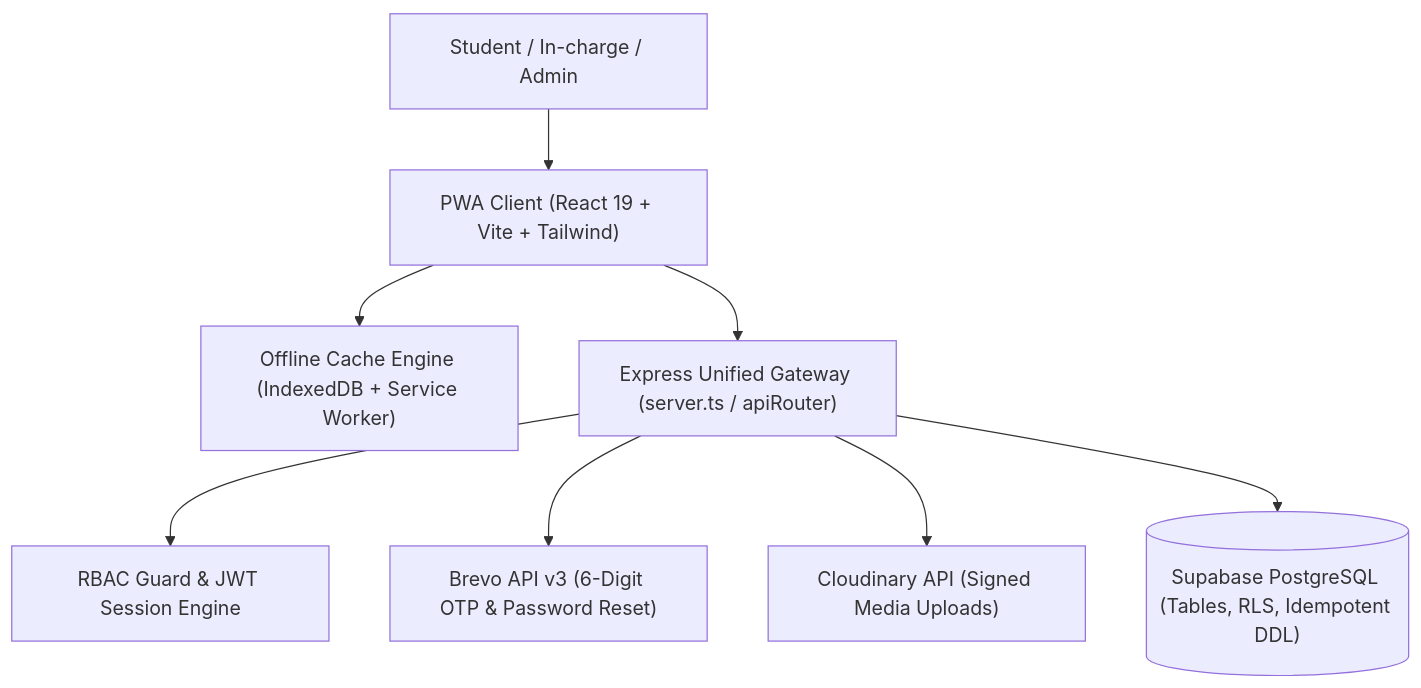
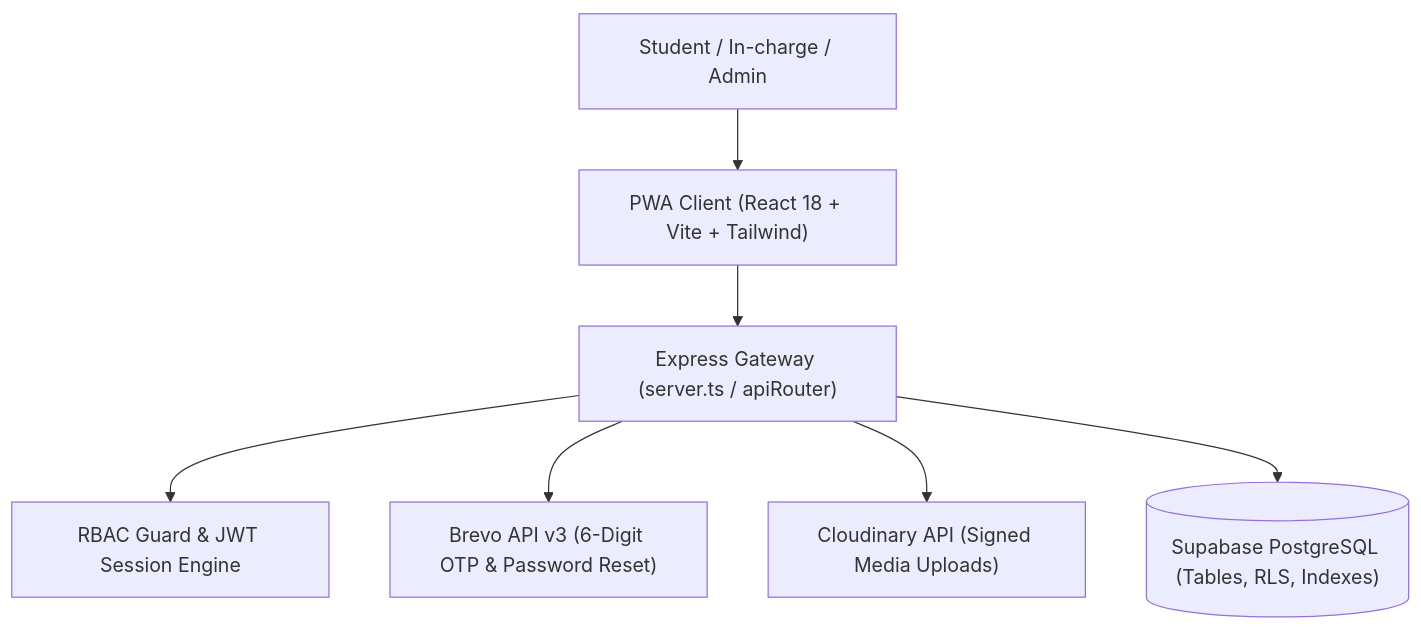
Before and after one commit to Tharun4743/Bus-attendance: the first of 2 diagrams in README.md, drawn with Mermaid. The commit also changed other lines of this file, not shown here.

Commit message:
docs: update README.md removing unverified deployment details and documenting Supabase pooler & 3-angle biometrics

````diff
--- a/README.md
+++ b/README.md
@@ -61,10 +66,9 @@
 ```mermaid
 graph TD
-    User["Student / In-charge / Admin"] --> PWA["PWA Client (React 19 + Vite + Tailwind)"]
-    PWA --> Cache["Offline Cache Engine (IndexedDB + Service Worker)"]
-    PWA --> API["Express Unified Gateway (server.ts / apiRouter)"]
+    User["Student / In-charge / Admin"] --> PWA["PWA Client (React 18 + Vite + Tailwind)"]
+    PWA --> API["Express Gateway (server.ts / apiRouter)"]
     API --> Auth["RBAC Guard & JWT Session Engine"]
     API --> Brevo["Brevo API v3 (6-Digit OTP & Password Reset)"]
     API --> Cloudinary["Cloudinary API (Signed Media Uploads)"]
-    API --> DB[("Supabase PostgreSQL (Tables, RLS, Idempotent DDL)")]
+    API --> DB[("Supabase PostgreSQL (Tables, RLS, Indexes)")]
 ```
````
